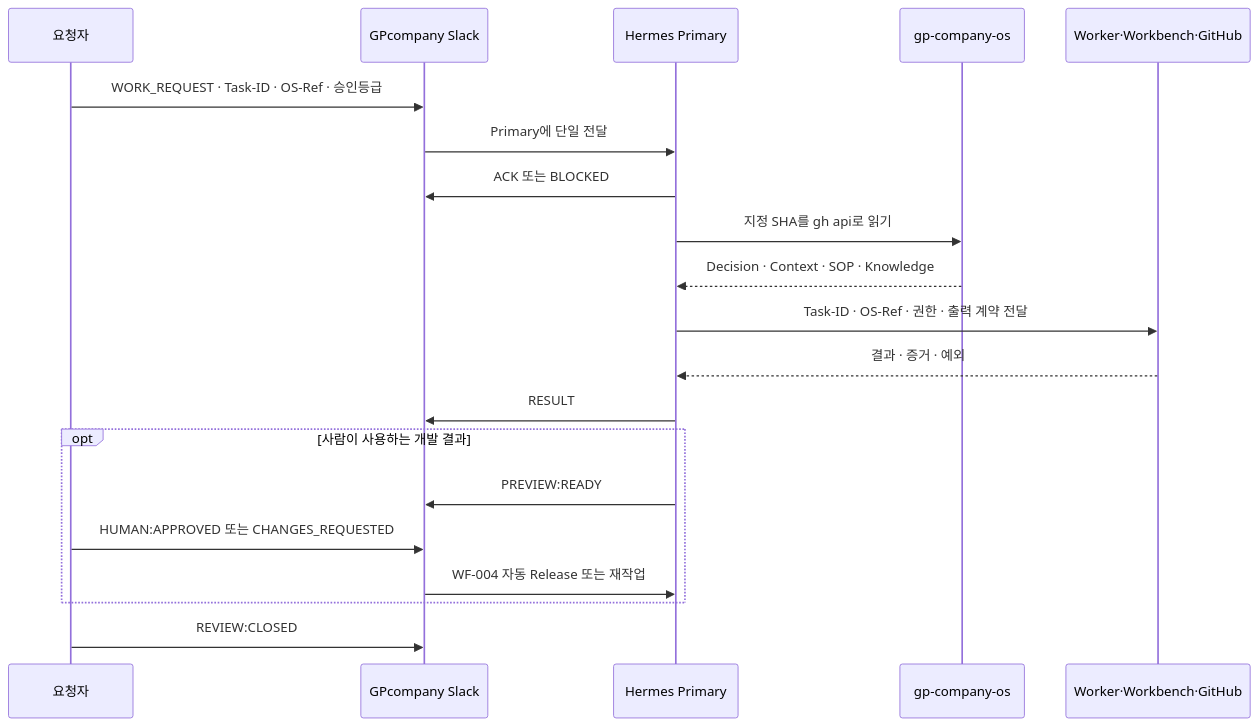
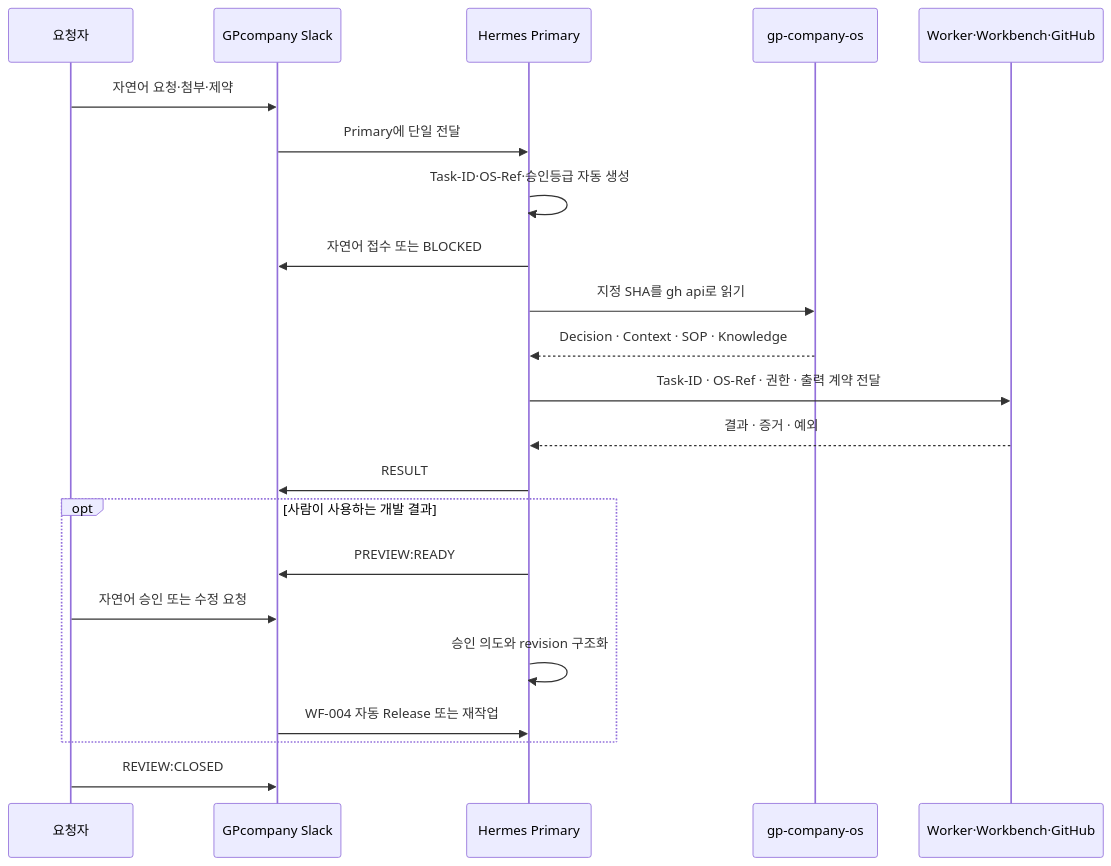
The diagram in LEVEL-4_AI-EXECUTION/WORKFLOW/WF-003_SLACK-TO-HERMES.md (ajseo-gp/gp-company-os), drawn with Mermaid before and after one commit. The commit also changed other lines of this file and 21 other files, not shown here.

````diff
--- a/LEVEL-4_AI-EXECUTION/WORKFLOW/WF-003_SLACK-TO-HERMES.md
+++ b/LEVEL-4_AI-EXECUTION/WORKFLOW/WF-003_SLACK-TO-HERMES.md
@@ -14,23 +14,25 @@
 ```mermaid
 sequenceDiagram
     participant R as 요청자
     participant S as GPcompany Slack
     participant H as Hermes Primary
     participant O as gp-company-os
     participant W as Worker·Workbench·GitHub
 
-    R->>S: WORK_REQUEST · Task-ID · OS-Ref · 승인등급
+    R->>S: 자연어 요청·첨부·제약
     S->>H: Primary에 단일 전달
-    H->>S: ACK 또는 BLOCKED
+    H->>H: Task-ID·OS-Ref·승인등급 자동 생성
+    H->>S: 자연어 접수 또는 BLOCKED
     H->>O: 지정 SHA를 gh api로 읽기
     O-->>H: Decision · Context · SOP · Knowledge
     H->>W: Task-ID · OS-Ref · 권한 · 출력 계약 전달
     W-->>H: 결과 · 증거 · 예외
     H->>S: RESULT
     opt 사람이 사용하는 개발 결과
         H->>S: PREVIEW:READY
-        R->>S: HUMAN:APPROVED 또는 CHANGES_REQUESTED
+        R->>S: 자연어 승인 또는 수정 요청
+        H->>H: 승인 의도와 revision 구조화
         S->>H: WF-004 자동 Release 또는 재작업
     end
     R->>S: REVIEW:CLOSED
 ```
````
